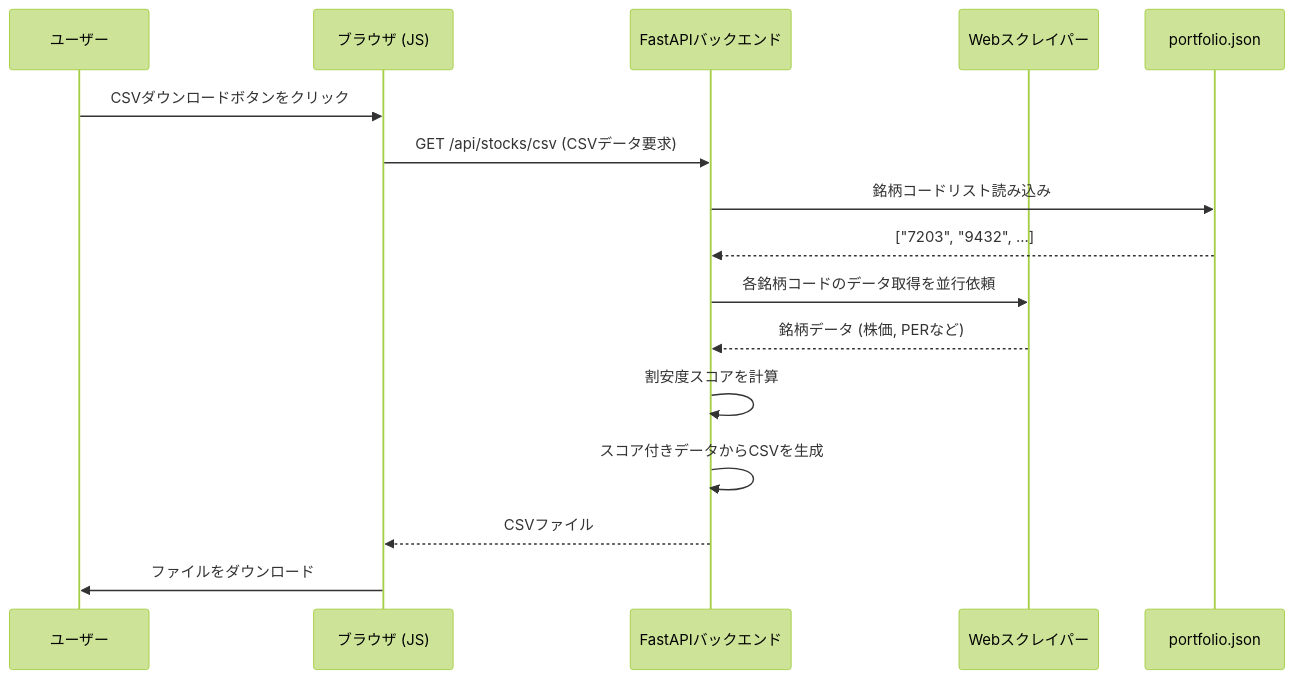
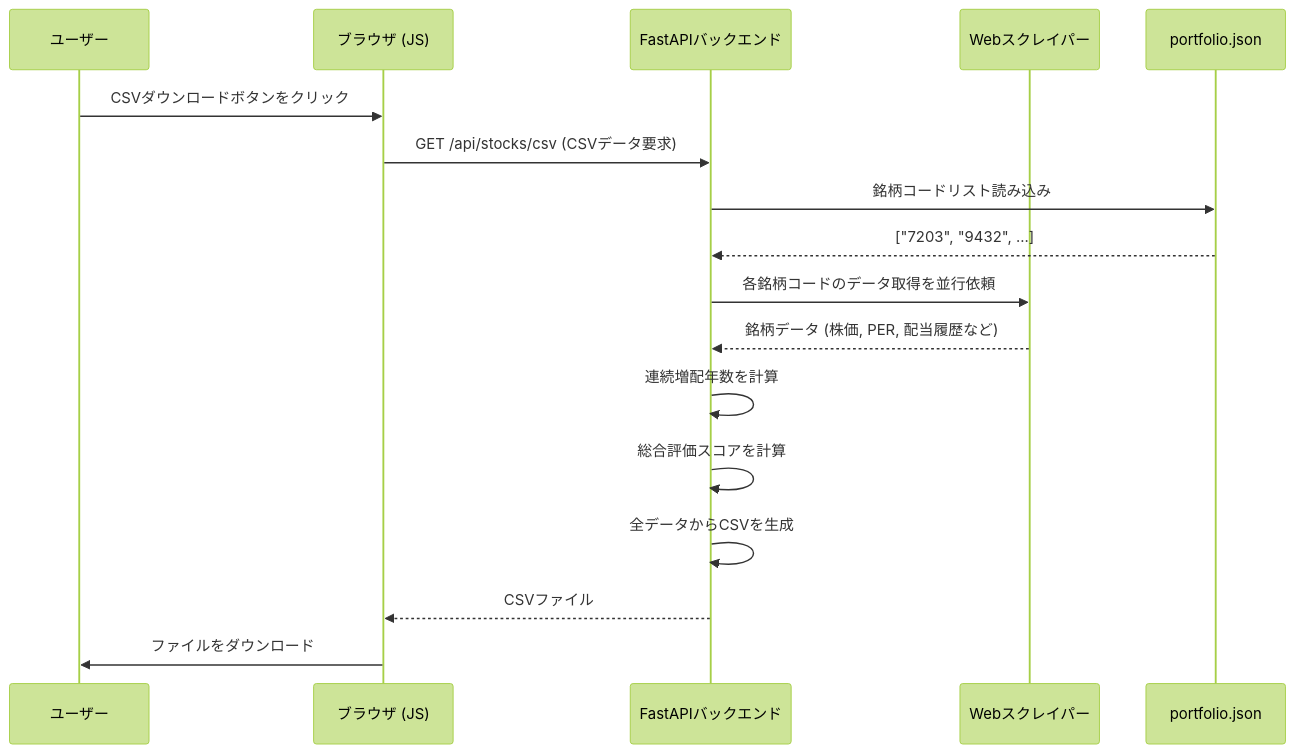
One commit to ymkge/jp-stock-portfolio-app changed the second of 2 diagrams in README.md. Above: the diagram before and after it, drawn with Mermaid (forest theme). The commit also changed other lines of this file, not shown here.

````diff
--- a/README.md
+++ b/README.md
@@ -92,23 +99,24 @@
 ```mermaid
 sequenceDiagram
     participant User as ユーザー
     participant Browser as ブラウザ (JS)
     participant API as FastAPIバックエンド
     participant Scraper as Webスクレイパー
     participant Portfolio as portfolio.json
 
     User->>Browser: CSVダウンロードボタンをクリック
     Browser->>API: GET /api/stocks/csv (CSVデータ要求)
     
     API->>Portfolio: 銘柄コードリスト読み込み
     Portfolio-->>API: ["7203", "9432", ...]
     
     API->>Scraper: 各銘柄コードのデータ取得を並行依頼
-    Scraper-->>API: 銘柄データ (株価, PERなど)
+    Scraper-->>API: 銘柄データ (株価, PER, 配当履歴など)
     
-    API->>API: 割安度スコアを計算
-    API->>API: スコア付きデータからCSVを生成
+    API->>API: 連続増配年数を計算
+    API->>API: 総合評価スコアを計算
+    API->>API: 全データからCSVを生成
     
     API-->>Browser: CSVファイル
     Browser->>User: ファイルをダウンロード
 ```
````
